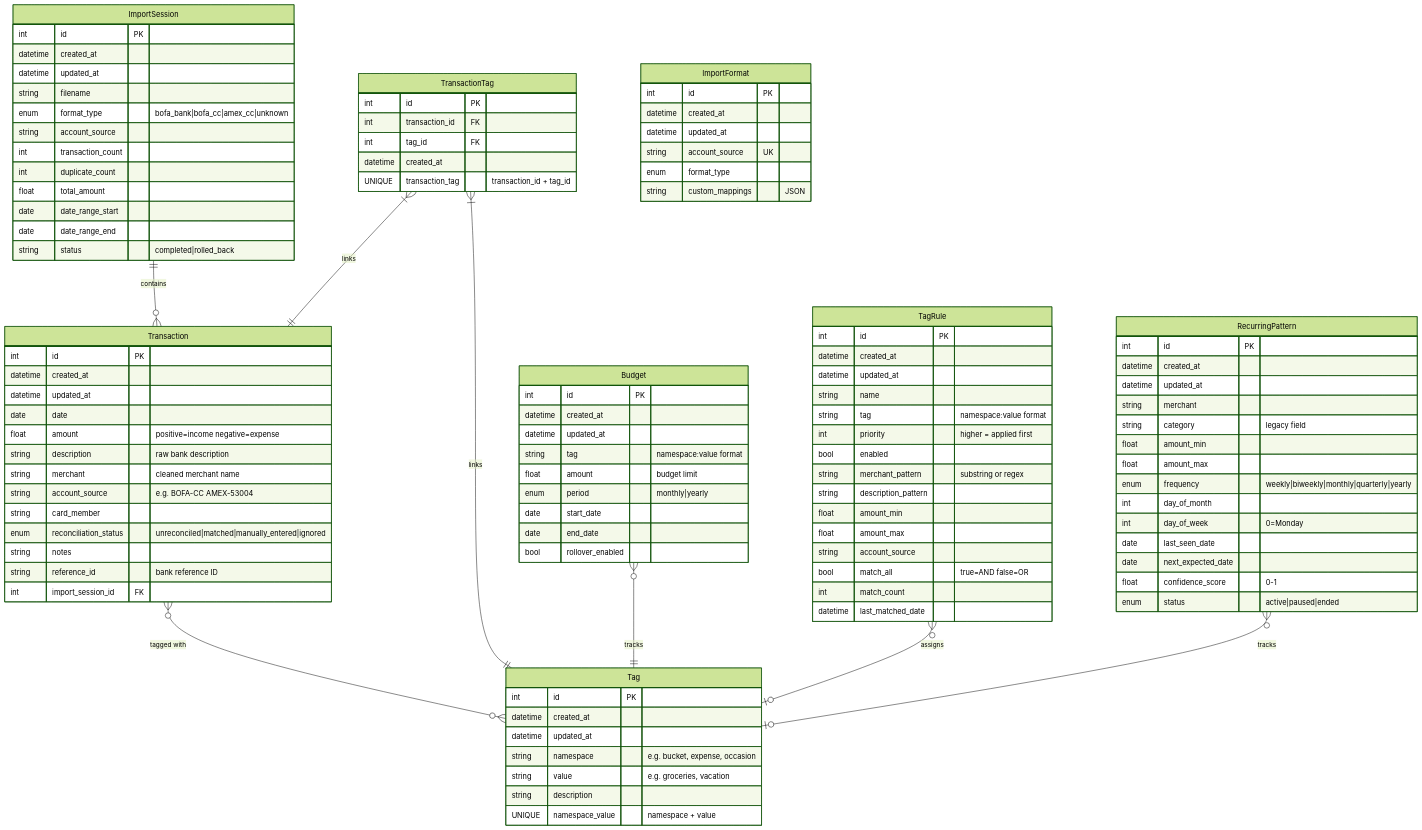
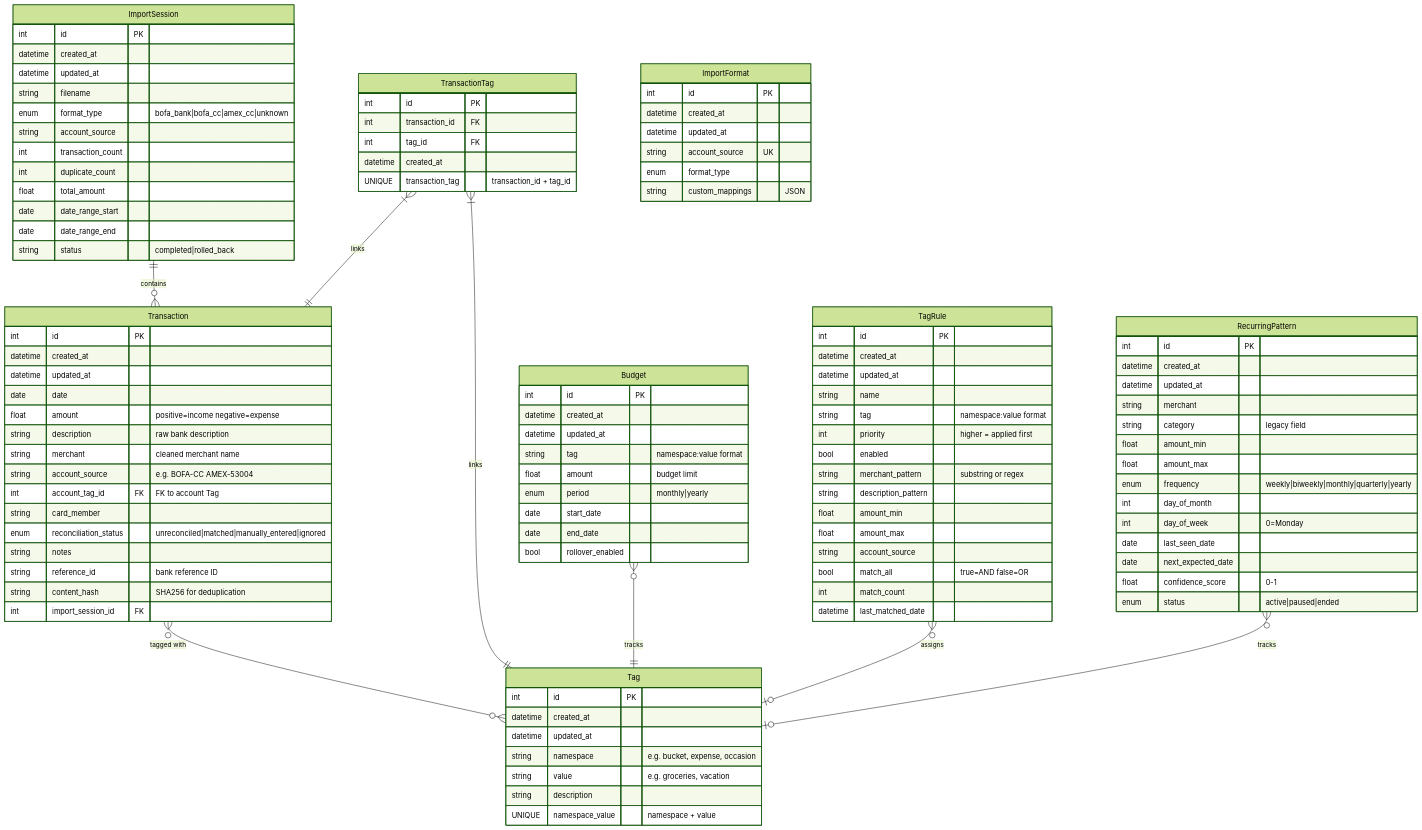
Before and after one commit to poindexter12/maxwells-wallet: the diagram in docs/DATA_MODEL.md, drawn with Mermaid (forest theme). The commit also changed other lines of this file and 3 other files, not shown here.

```diff
--- a/docs/DATA_MODEL.md
+++ b/docs/DATA_MODEL.md
@@ -36,10 +36,12 @@
         string description "raw bank description"
         string merchant "cleaned merchant name"
         string account_source "e.g. BOFA-CC AMEX-53004"
+        int account_tag_id FK "FK to account Tag"
         string card_member
         enum reconciliation_status "unreconciled|matched|manually_entered|ignored"
         string notes
         string reference_id "bank reference ID"
+        string content_hash "SHA256 for deduplication"
         int import_session_id FK
     }
 
```
